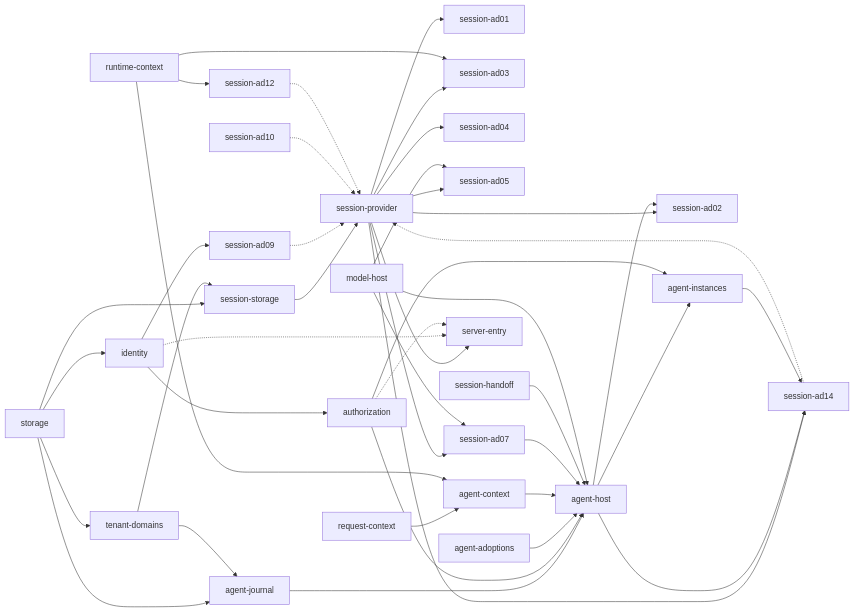
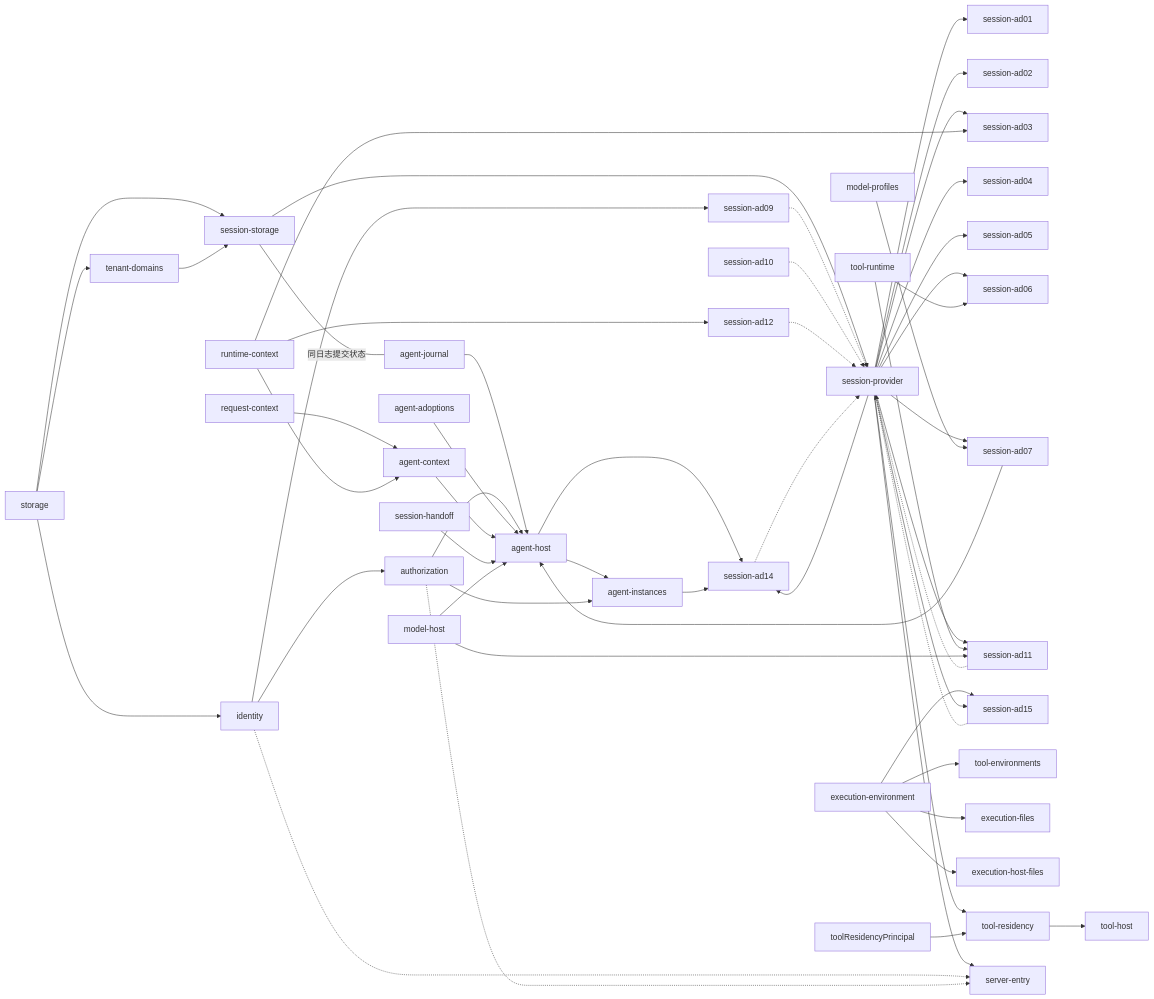
The diagram in docs/architecture/runtime/application-assembly.md (nemori-ai/omne-harness-lite), drawn with Mermaid before and after one commit. The commit also changed other lines of this file and 1 other file, not shown here.

First line of the commit message:
docs(runtime): 对齐会话日志与工具环境装配

````diff
--- a/docs/architecture/runtime/application-assembly.md
+++ b/docs/architecture/runtime/application-assembly.md
@@ -69,44 +86,56 @@
 ```mermaid
 flowchart LR
   storage --> tenant-domains
   storage --> identity
   storage --> session-storage
   tenant-domains --> session-storage
-  storage --> agent-journal
-  tenant-domains --> agent-journal
+  session-storage ---|同日志提交状态| agent-journal
   identity --> authorization
   session-storage --> session-provider
   session-provider --> session-ad01
   session-provider --> session-ad02
   session-provider --> session-ad03
   session-provider --> session-ad04
   session-provider --> session-ad05
+  session-provider --> session-ad06
   session-provider --> session-ad07
+  session-provider --> session-ad11
   session-provider --> session-ad14
   runtime-context --> session-ad03
   runtime-context --> session-ad12
-  model-host --> session-ad05
-  model-host --> session-ad07
+  model-profiles --> session-ad07
   identity --> session-ad09
-  agent-host --> session-ad02
   agent-host --> session-ad14
   agent-instances --> session-ad14
   request-context --> agent-context
   runtime-context --> agent-context
   agent-journal --> agent-host
   authorization --> agent-host
   agent-adoptions --> agent-host
   agent-context --> agent-host
   session-ad07 --> agent-host
   session-handoff --> agent-host
   model-host --> agent-host
   agent-host --> agent-instances
   authorization --> agent-instances
+  tool-runtime --> session-ad06
+  tool-runtime --> session-ad11
+  model-host --> session-ad11
+  execution-environment --> session-ad15
+  session-provider --> session-ad15
+  execution-environment --> tool-environments
+  execution-environment --> execution-files
+  execution-environment --> execution-host-files
+  session-provider --> tool-residency
+  tool-residency --> tool-host
+  toolResidencyPrincipal --> tool-residency
   session-provider --> server-entry
   session-ad09 -.-> session-provider
   session-ad10 -.-> session-provider
   session-ad12 -.-> session-provider
   session-ad14 -.-> session-provider
+  session-ad11 -.-> session-provider
+  session-ad15 -.-> session-provider
   identity -.-> server-entry
   authorization -.-> server-entry
 ```
````
